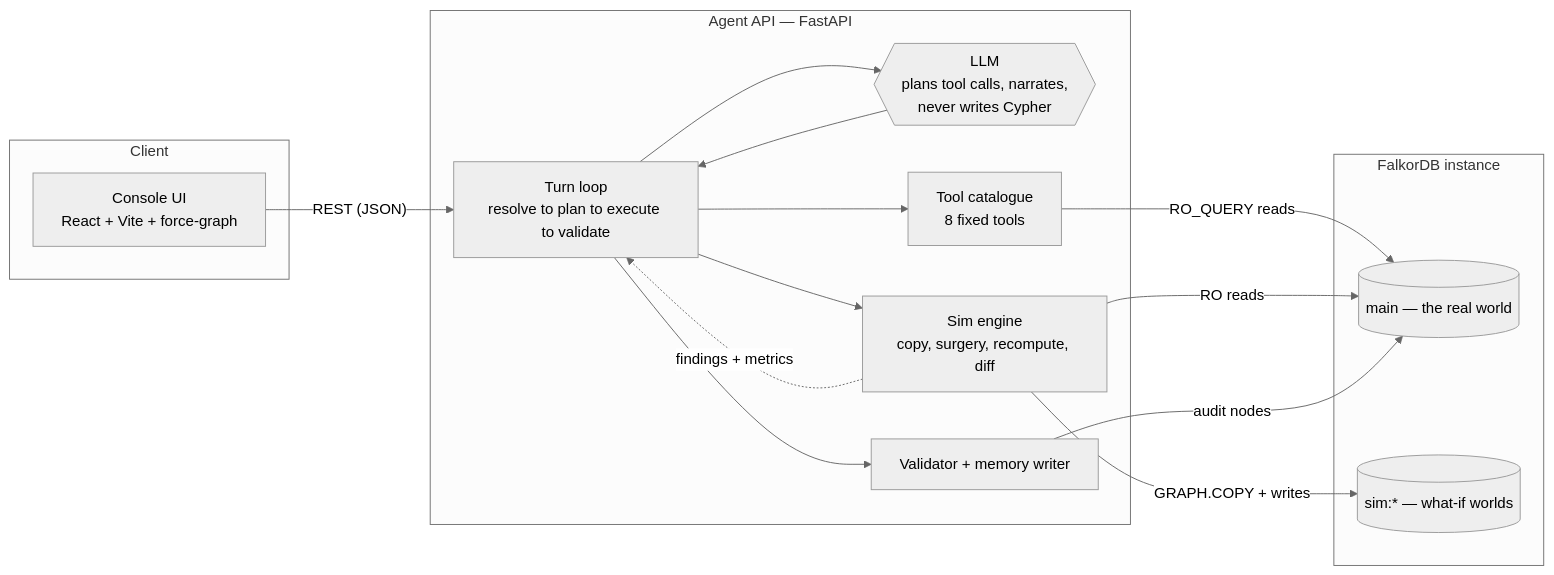
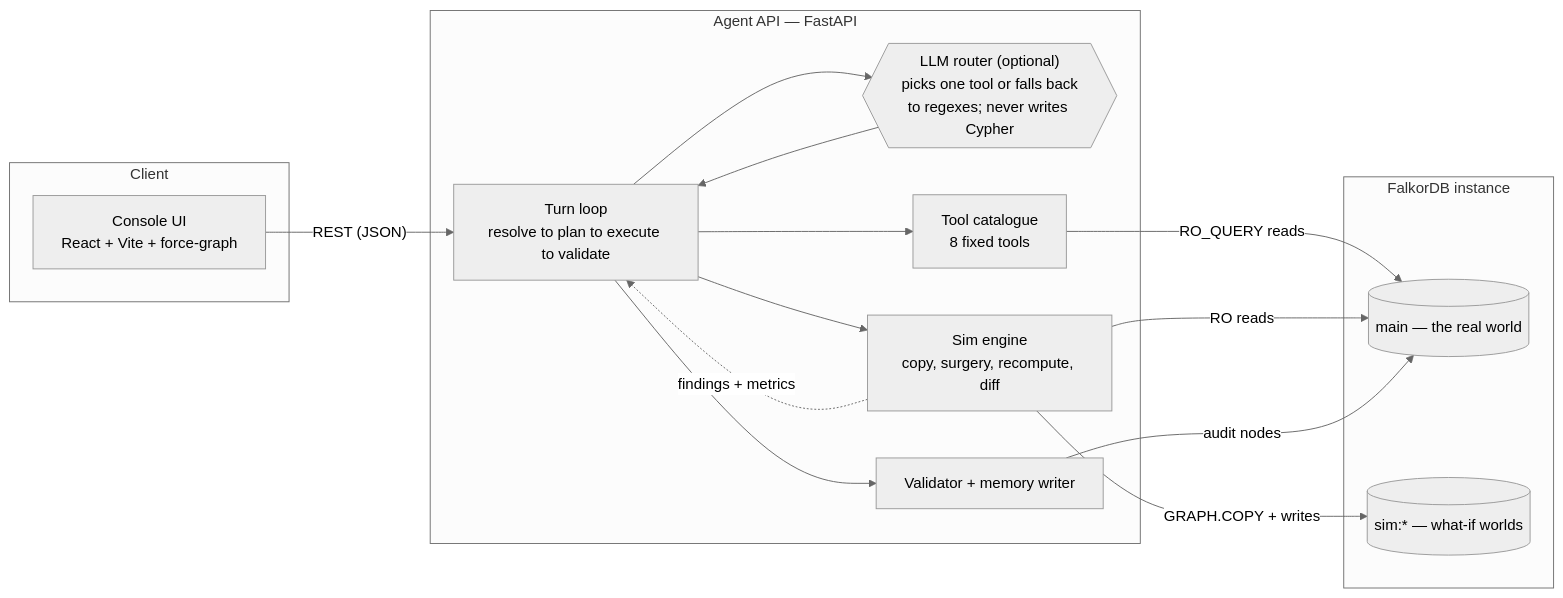
One commit to devnamrits/BusFactor changed the first of 5 diagrams in README.md. Above: the diagram before and after it, drawn with Mermaid (neutral theme). The commit also changed other lines of this file and 7 other files, not shown here.

````diff
--- a/README.md
+++ b/README.md
@@ -104,28 +104,28 @@
 ```mermaid
 flowchart LR
   subgraph Client
     UI["Console UI<br/>React + Vite + force-graph"]
   end
   subgraph Server["Agent API — FastAPI"]
     ROUTER["Turn loop<br/>resolve to plan to execute to validate"]
-    LLM{{"LLM<br/>plans tool calls, narrates,<br/>never writes Cypher"}}
+    LLM{{"LLM router (optional)<br/>picks one tool or falls back<br/>to regexes; never writes Cypher"}}
     TOOLS["Tool catalogue<br/>8 fixed tools"]
     SIM["Sim engine<br/>copy, surgery, recompute, diff"]
     VAL["Validator + memory writer"]
   end
   subgraph Data["FalkorDB instance"]
     MAIN[("main — the real world")]
     WORLDS[("sim:* — what-if worlds")]
   end
   UI -->|"REST (JSON)"| ROUTER
   ROUTER --> LLM
   LLM --> ROUTER
   ROUTER --> TOOLS
   ROUTER --> SIM
   TOOLS -->|"RO_QUERY reads"| MAIN
   SIM -->|"GRAPH.COPY + writes"| WORLDS
   SIM -->|"RO reads"| MAIN
   SIM -.->|"findings + metrics"| ROUTER
   ROUTER --> VAL
   VAL -->|"audit nodes"| MAIN
 ```
````
